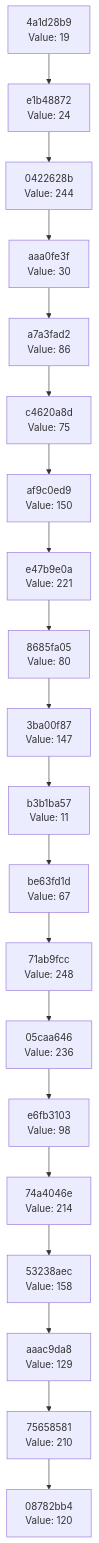
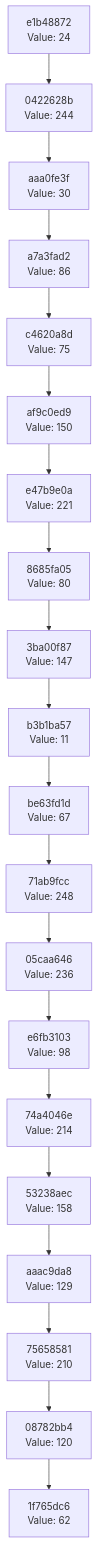
One commit to Abhisheksinha1506/hash-chain-evolver changed the diagram in docs/CHAIN_VISUALIZATION.md. Above: the diagram before and after it, drawn with Mermaid. The commit also changed 3 other files, not shown here.

````diff
--- a/docs/CHAIN_VISUALIZATION.md
+++ b/docs/CHAIN_VISUALIZATION.md
@@ -3,42 +3,42 @@
 ```mermaid
 graph TD
-    C0["08782bb4<br/>Value: 120"]
-    C1["75658581<br/>Value: 210"]
+    C0["1f765dc6<br/>Value: 62"]
+    C1["08782bb4<br/>Value: 120"]
     C1 --> C0
-    C2["aaac9da8<br/>Value: 129"]
+    C2["75658581<br/>Value: 210"]
     C2 --> C1
-    C3["53238aec<br/>Value: 158"]
+    C3["aaac9da8<br/>Value: 129"]
     C3 --> C2
-    C4["74a4046e<br/>Value: 214"]
+    C4["53238aec<br/>Value: 158"]
     C4 --> C3
-    C5["e6fb3103<br/>Value: 98"]
+    C5["74a4046e<br/>Value: 214"]
     C5 --> C4
-    C6["05caa646<br/>Value: 236"]
+    C6["e6fb3103<br/>Value: 98"]
     C6 --> C5
-    C7["71ab9fcc<br/>Value: 248"]
+    C7["05caa646<br/>Value: 236"]
     C7 --> C6
-    C8["be63fd1d<br/>Value: 67"]
+    C8["71ab9fcc<br/>Value: 248"]
     C8 --> C7
-    C9["b3b1ba57<br/>Value: 11"]
+    C9["be63fd1d<br/>Value: 67"]
     C9 --> C8
-    C10["3ba00f87<br/>Value: 147"]
+    C10["b3b1ba57<br/>Value: 11"]
     C10 --> C9
-    C11["8685fa05<br/>Value: 80"]
+    C11["3ba00f87<br/>Value: 147"]
     C11 --> C10
-    C12["e47b9e0a<br/>Value: 221"]
+    C12["8685fa05<br/>Value: 80"]
     C12 --> C11
-    C13["af9c0ed9<br/>Value: 150"]
+    C13["e47b9e0a<br/>Value: 221"]
     C13 --> C12
-    C14["c4620a8d<br/>Value: 75"]
+    C14["af9c0ed9<br/>Value: 150"]
     C14 --> C13
-    C15["a7a3fad2<br/>Value: 86"]
+    C15["c4620a8d<br/>Value: 75"]
     C15 --> C14
-    C16["aaa0fe3f<br/>Value: 30"]
+    C16["a7a3fad2<br/>Value: 86"]
     C16 --> C15
-    C17["0422628b<br/>Value: 244"]
+    C17["aaa0fe3f<br/>Value: 30"]
     C17 --> C16
-    C18["e1b48872<br/>Value: 24"]
+    C18["0422628b<br/>Value: 244"]
     C18 --> C17
-    C19["4a1d28b9<br/>Value: 19"]
+    C19["e1b48872<br/>Value: 24"]
     C19 --> C18
 ```
````
